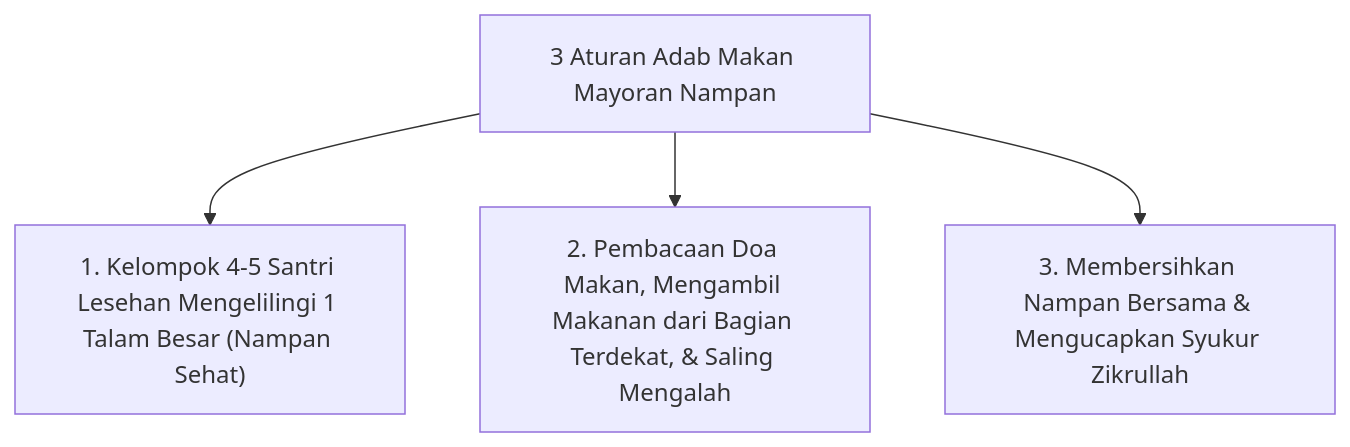
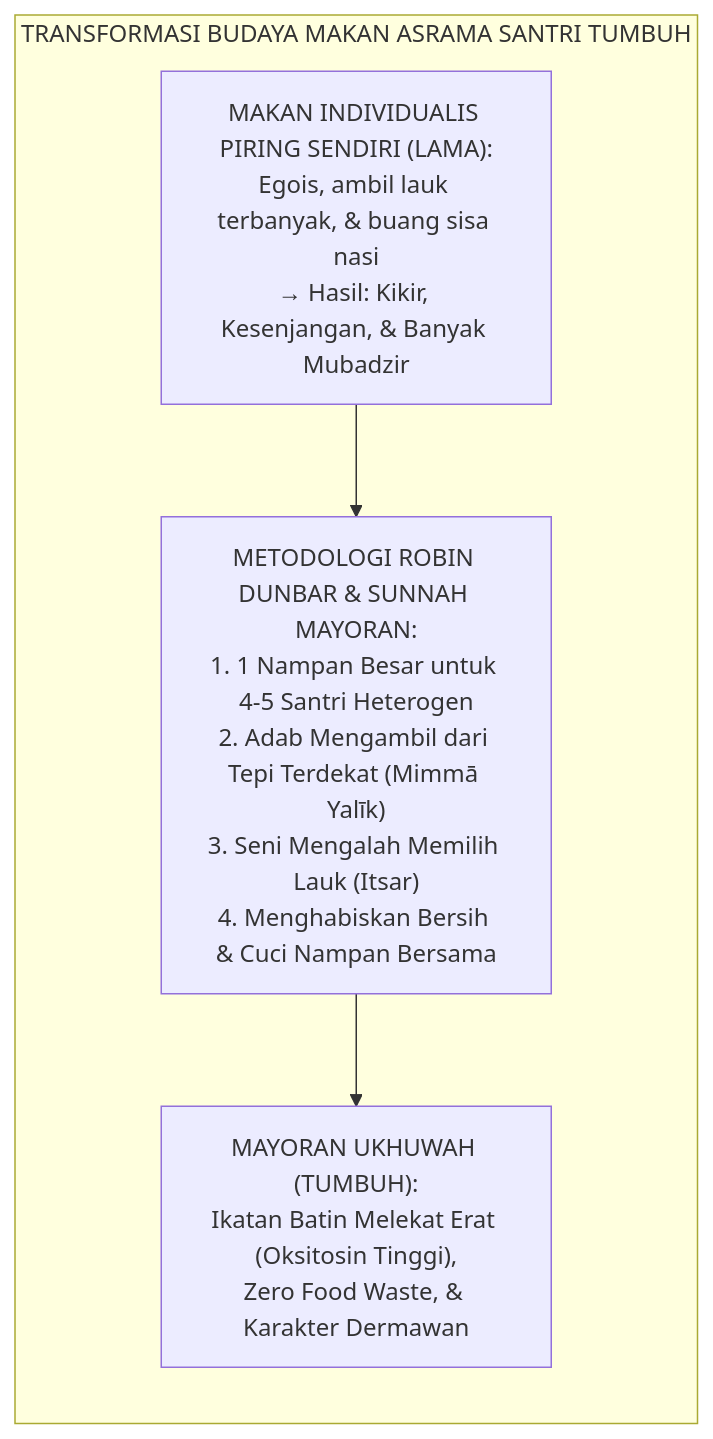
Before and after one commit to wandiapriliyandi/tumbuh: the first of 2 diagrams in 10 Methods/07 Collaborative Learning/P10-07-02-Teknik-Makan-Mayoran-Nampan-dan-Ritus-Ukhuwah.md, drawn with Mermaid. The commit also changed other lines of this file and 3 other files, not shown here.

````diff
--- a/10 Methods/07 Collaborative Learning/P10-07-02-Teknik-Makan-Mayoran-Nampan-dan-Ritus-Ukhuwah.md
+++ b/10 Methods/07 Collaborative Learning/P10-07-02-Teknik-Makan-Mayoran-Nampan-dan-Ritus-Ukhuwah.md
@@ -14,7 +28,7 @@
 ```mermaid
-graph TD
-    MayoranSOP["3 Aturan Adab Makan Mayoran Nampan"]
-    MayoranSOP --> NampanGroup["1. Kelompok 4-5 Santri Lesehan Mengelilingi 1 Talam Besar (Nampan Sehat)"]
-    MayoranSOP --> AdabMakan["2. Pembacaan Doa Makan, Mengambil Makanan dari Bagian Terdekat, & Saling Mengalah"]
-    MayoranSOP --> CleanTogether["3. Membersihkan Nampan Bersama & Mengucapkan Syukur Zikrullah"]
+flowchart LR
+    subgraph MayoranTransformation["TRANSFORMASI BUDAYA MAKAN ASRAMA SANTRI TUMBUH"]
+        Selfish["MAKAN INDIVIDUALIS PIRING SENDIRI (LAMA):<br/>Egois, ambil lauk terbanyak, & buang sisa nasi<br/>→ Hasil: Kikir, Kesenjangan, & Banyak Mubadzir"] --> Shift["METODOLOGI ROBIN DUNBAR & SUNNAH MAYORAN:<br/>1. 1 Nampan Besar untuk 4-5 Santri Heterogen<br/>2. Adab Mengambil dari Tepi Terdekat (Mimmā Yalīk)<br/>3. Seni Mengalah Memilih Lauk (Itsar)<br/>4. Menghabiskan Bersih & Cuci Nampan Bersama"]
+        Shift --> Brotherhood["MAYORAN UKHUWAH (TUMBUH):<br/>Ikatan Batin Melekat Erat (Oksitosin Tinggi),<br/>Zero Food Waste, & Karakter Dermawan"]
+    end
 ```
````
